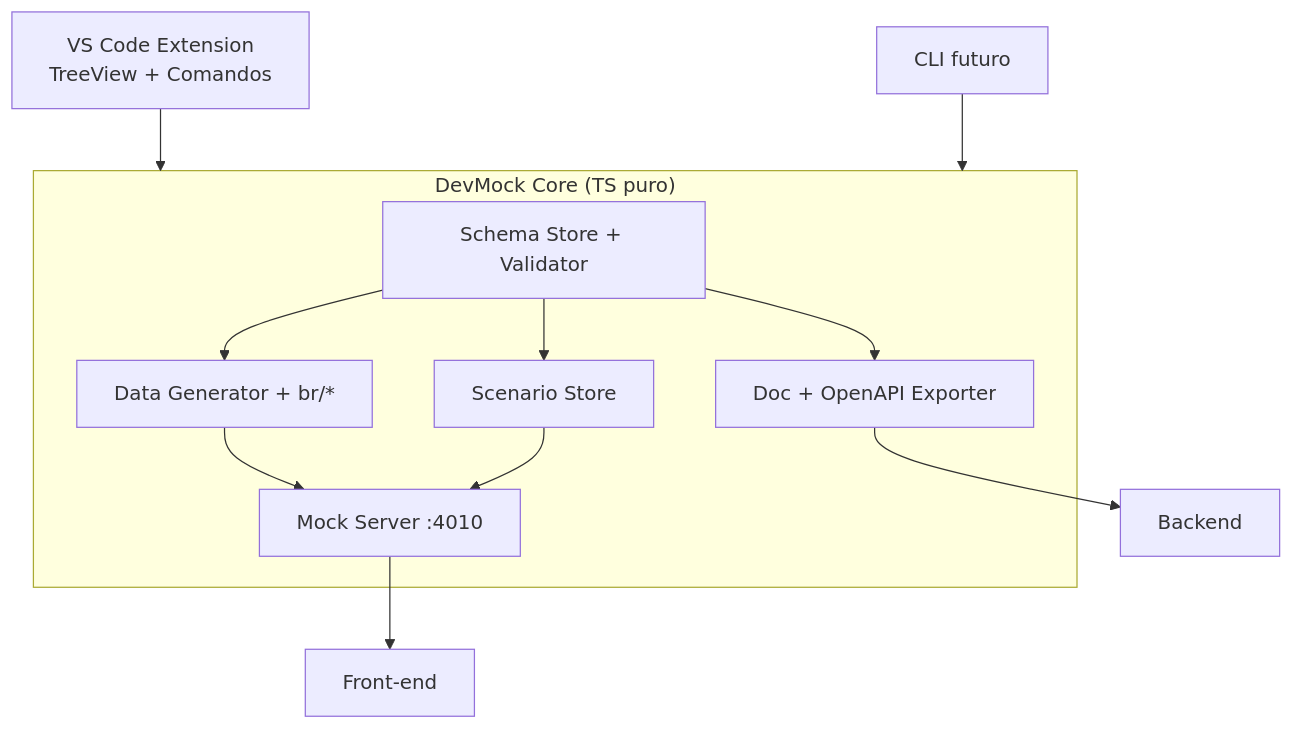
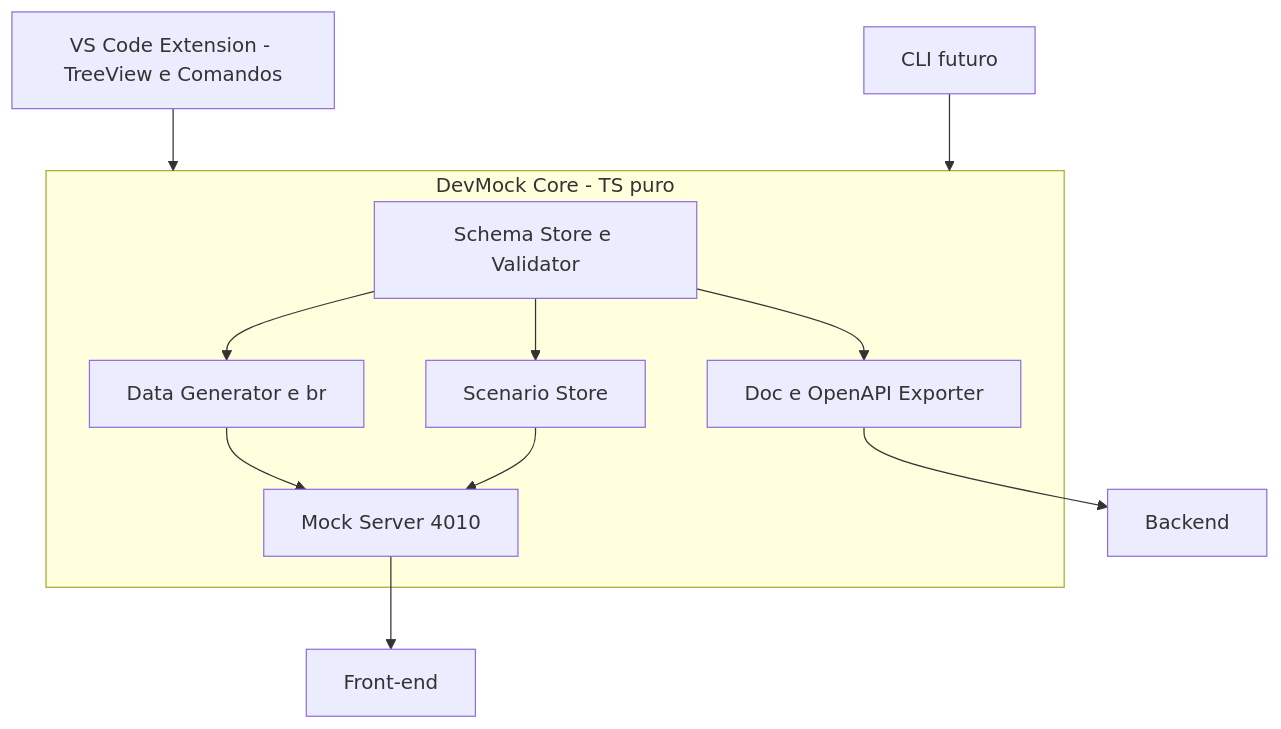
Before and after one commit to GabrielLeandroSilva/Devmock: the diagram in DevMock Cerebro/02-Arquitetura/00-Visao-Arquitetura.md, drawn with Mermaid. The commit also changed 1 other file, not shown here.

Commit message:
fix(mermaid): corrige 00-Visao e audita demais diagramas
Versão: v0.3.2 | Branch: des

````diff
--- a/DevMock Cerebro/02-Arquitetura/00-Visao-Arquitetura.md
+++ b/DevMock Cerebro/02-Arquitetura/00-Visao-Arquitetura.md
@@ -35,17 +35,17 @@
 ```mermaid
 flowchart TD
-  subgraph Core["DevMock Core (TS puro)"]
-    S[Schema Store + Validator]
-    G[Data Generator + br/*]
-    M[Mock Server :4010]
-    D[Doc + OpenAPI Exporter]
-    C[Scenario Store]
+  subgraph Core["DevMock Core - TS puro"]
+    S["Schema Store e Validator"]
+    G["Data Generator e br"]
+    M["Mock Server 4010"]
+    D["Doc e OpenAPI Exporter"]
+    C["Scenario Store"]
     S --> G --> M
     S --> D
     S --> C --> M
   end
-  EXT[VS Code Extension\nTreeView + Comandos] --> Core
-  CLI[CLI futuro] --> Core
-  M --> FE[Front-end]
-  D --> BE[Backend]
+  EXT["VS Code Extension - TreeView e Comandos"] --> Core
+  CLI["CLI futuro"] --> Core
+  M --> FE["Front-end"]
+  D --> BE["Backend"]
 ```
````
